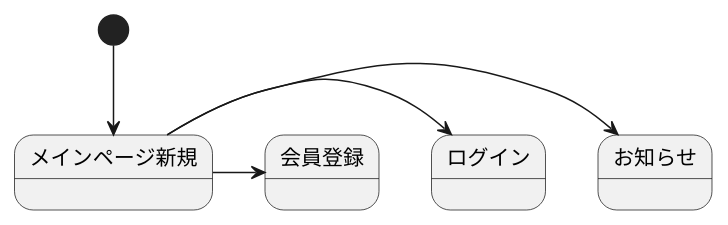
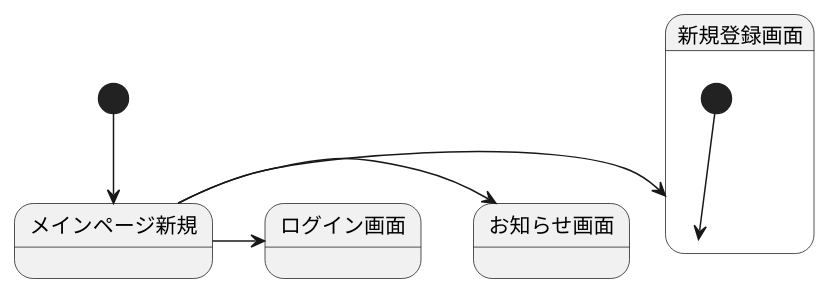
Before and after one commit to Aso2001147/2021SystemDesign: the diagram in 画面遷移図.md, drawn with PlantUML.

````diff
--- a/画面遷移図.md
+++ b/画面遷移図.md
@@ -1,10 +1,15 @@
 ```uml
 @startuml
 [*] --> メインページ新規
-メインページ新規 -> お知らせ
-メインページ新規 -> ログイン
-メインページ新規 -> 会員登録
+メインページ新規 -> お知らせ画面
+メインページ新規 -> ログイン画面
+メインページ新規 -> 新規登録画面
+
+state 新規登録画面{
+[*] --> 新規登録画面
+}
+
 
 
 @enduml
 ```
````
